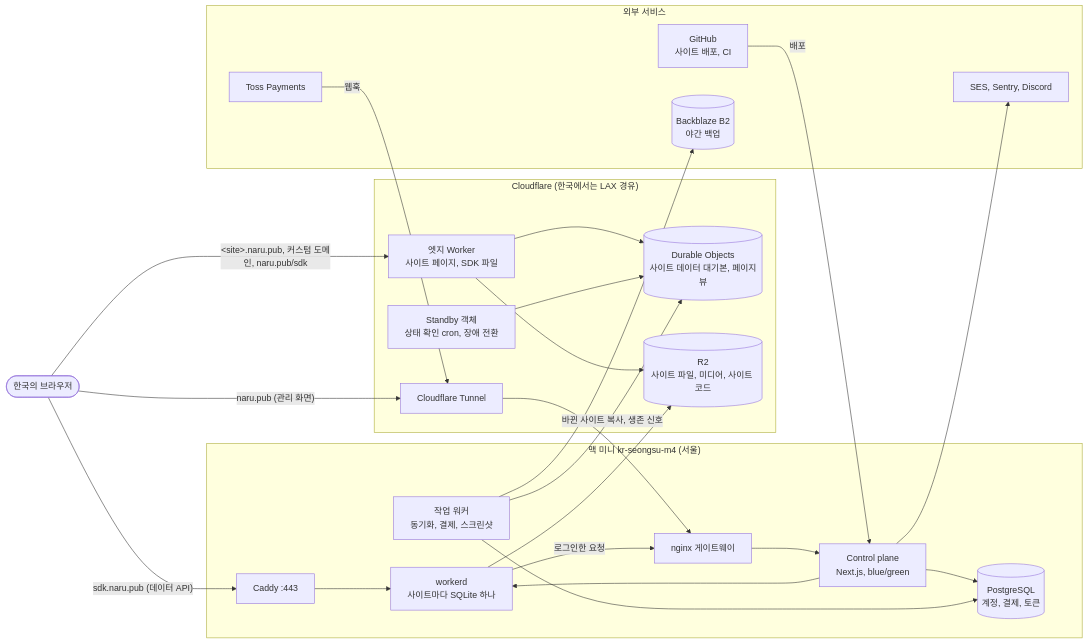
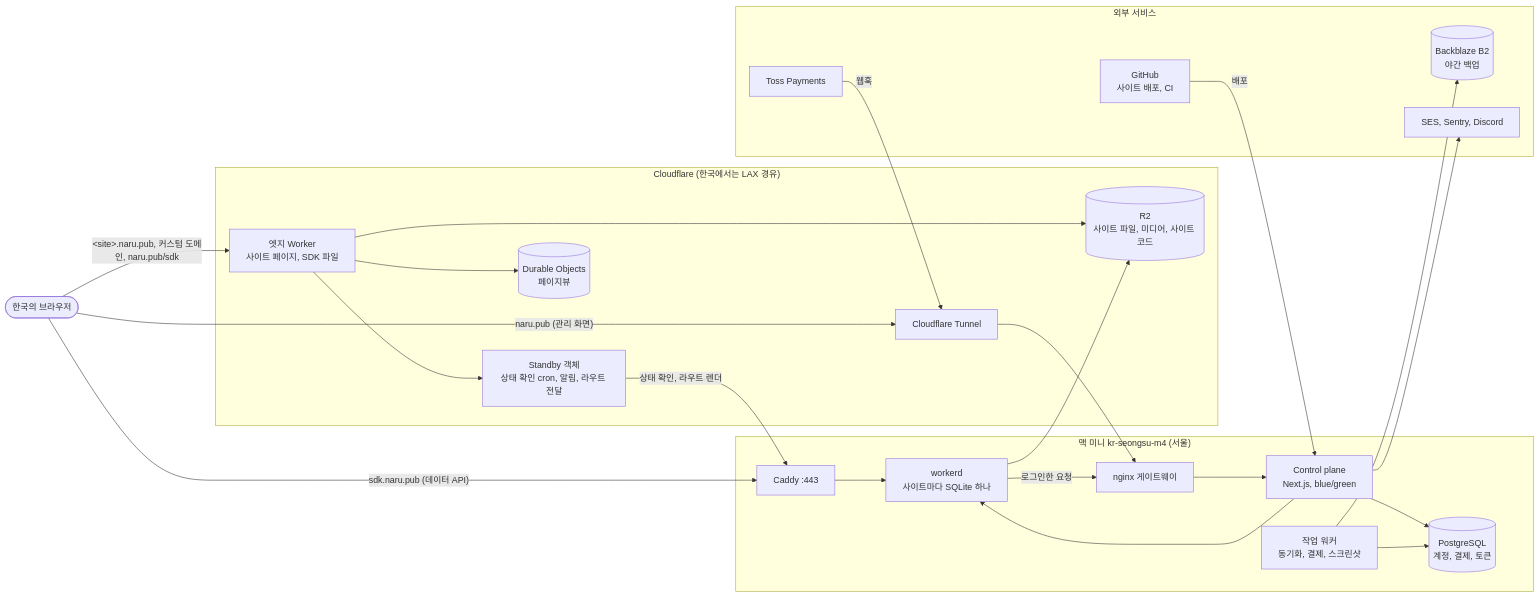
The first of 2 diagrams in README.md (naru-pub/naru), drawn with Mermaid before and after one commit. The commit also changed other lines of this file and 3 other files, not shown here.

````diff
--- a/README.md
+++ b/README.md
@@ -22,47 +22,47 @@
 ```mermaid
 flowchart LR
   user(["한국의 브라우저"])
 
   subgraph cf["Cloudflare (한국에서는 LAX 경유)"]
     worker["엣지 Worker<br/>사이트 페이지, SDK 파일"]
-    standby["Standby 객체<br/>상태 확인 cron, 장애 전환"]
-    copies[("Durable Objects<br/>사이트 데이터 대기본, 페이지뷰")]
+    standby["Standby 객체<br/>상태 확인 cron, 알림, 라우트 전달"]
+    copies[("Durable Objects<br/>페이지뷰")]
     r2[("R2<br/>사이트 파일, 미디어, 사이트 코드")]
     tunnel["Cloudflare Tunnel"]
   end
 
   subgraph mini["맥 미니 kr-seongsu-m4 (서울)"]
     caddy["Caddy :443"]
     workerd["workerd<br/>사이트마다 SQLite 하나"]
     gateway["nginx 게이트웨이"]
     cp["Control plane<br/>Next.js, blue/green"]
     jobs["작업 워커<br/>동기화, 결제, 스크린샷"]
     pg[("PostgreSQL<br/>계정, 결제, 토큰")]
   end
 
   subgraph ext["외부 서비스"]
     toss["Toss Payments"]
     github["GitHub<br/>사이트 배포, CI"]
     b2[("Backblaze B2<br/>야간 백업")]
     alerts["SES, Sentry, Discord"]
   end
 
   user -->|"&lt;site&gt;.naru.pub, 커스텀 도메인, naru.pub/sdk"| worker
   user -->|"sdk.naru.pub (데이터 API)"| caddy
   user -->|"naru.pub (관리 화면)"| tunnel
   worker --> r2
   worker --> copies
-  standby --> copies
+  worker --> standby
+  standby -->|"상태 확인, 라우트 렌더"| caddy
   tunnel --> gateway --> cp
   caddy --> workerd
   workerd -->|"로그인한 요청"| gateway
   cp --> workerd
   cp --> pg
   jobs --> pg
-  jobs -->|"바뀐 사이트 복사, 생존 신호"| copies
   workerd --> r2
   toss -->|"웹훅"| tunnel
   github -->|"배포"| cp
   jobs --> b2
   cp --> alerts
 ```
````
